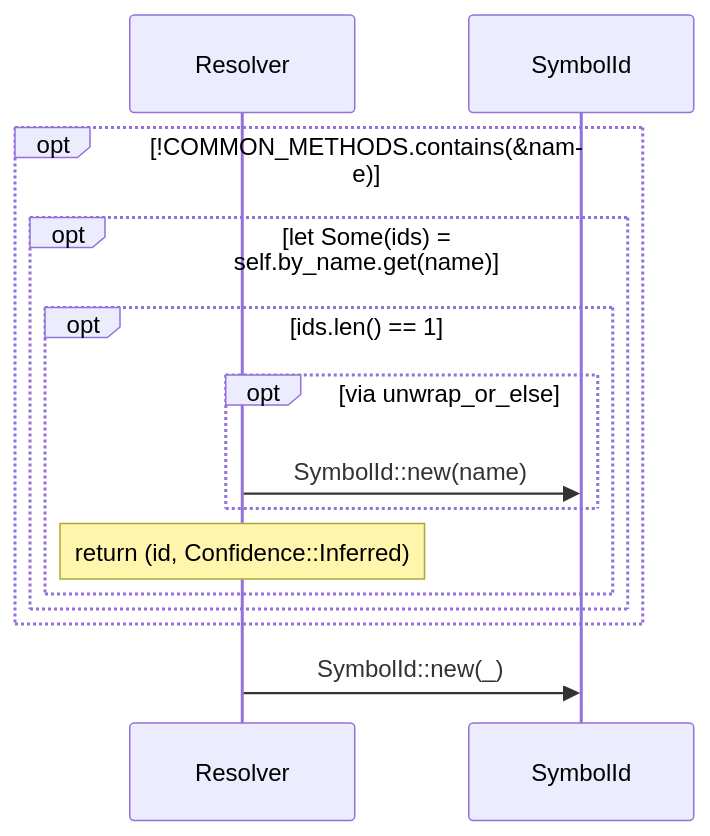
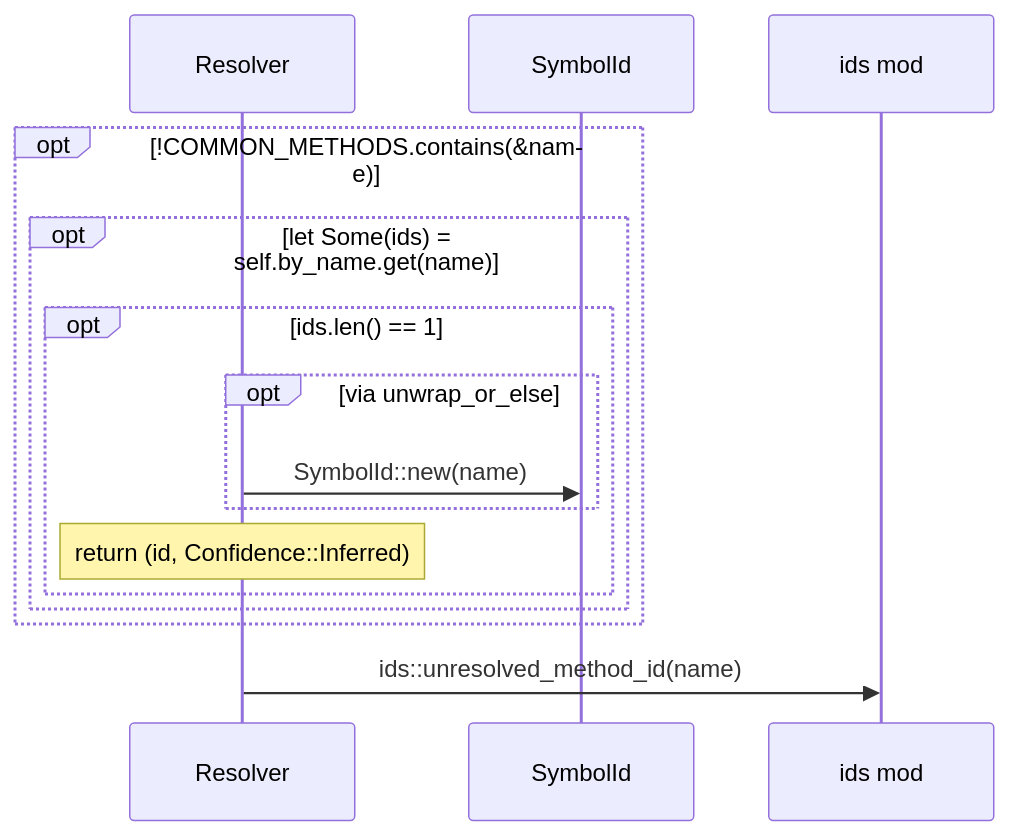
Diagram 16 of 16 in docs/sealmap/crates/sealmap-rust/src/resolve.rs.md (DreamLab-AI/codemaid), drawn with Mermaid before and after one commit. The commit also changed other lines of this file and 37 other files, not shown here.

First line of the commit message:
frontend: extract sealmap-frontend from sealmap-rust

````diff
--- a/docs/sealmap/crates/sealmap-rust/src/resolve.rs.md
+++ b/docs/sealmap/crates/sealmap-rust/src/resolve.rs.md
@@ -554,16 +506,17 @@
 ```mermaid
 sequenceDiagram
   participant sealmap_rust__resolve__Resolver as Resolver
   participant sealmap_model__symbol__SymbolId as SymbolId
+  participant sealmap_frontend__ids as ids mod
   opt !COMMON_METHODS.contains(&name)
     opt let Some(ids) = self.by_name.get(name)
       opt ids.len() == 1
         opt via unwrap_or_else
           sealmap_rust__resolve__Resolver->>sealmap_model__symbol__SymbolId: SymbolId::new(name)
         end
         Note over sealmap_rust__resolve__Resolver: return (id, Confidence::Inferred)
       end
     end
   end
-  sealmap_rust__resolve__Resolver->>sealmap_model__symbol__SymbolId: SymbolId::new(_)
+  sealmap_rust__resolve__Resolver->>sealmap_frontend__ids: ids::unresolved_method_id(name)
 ```
````
